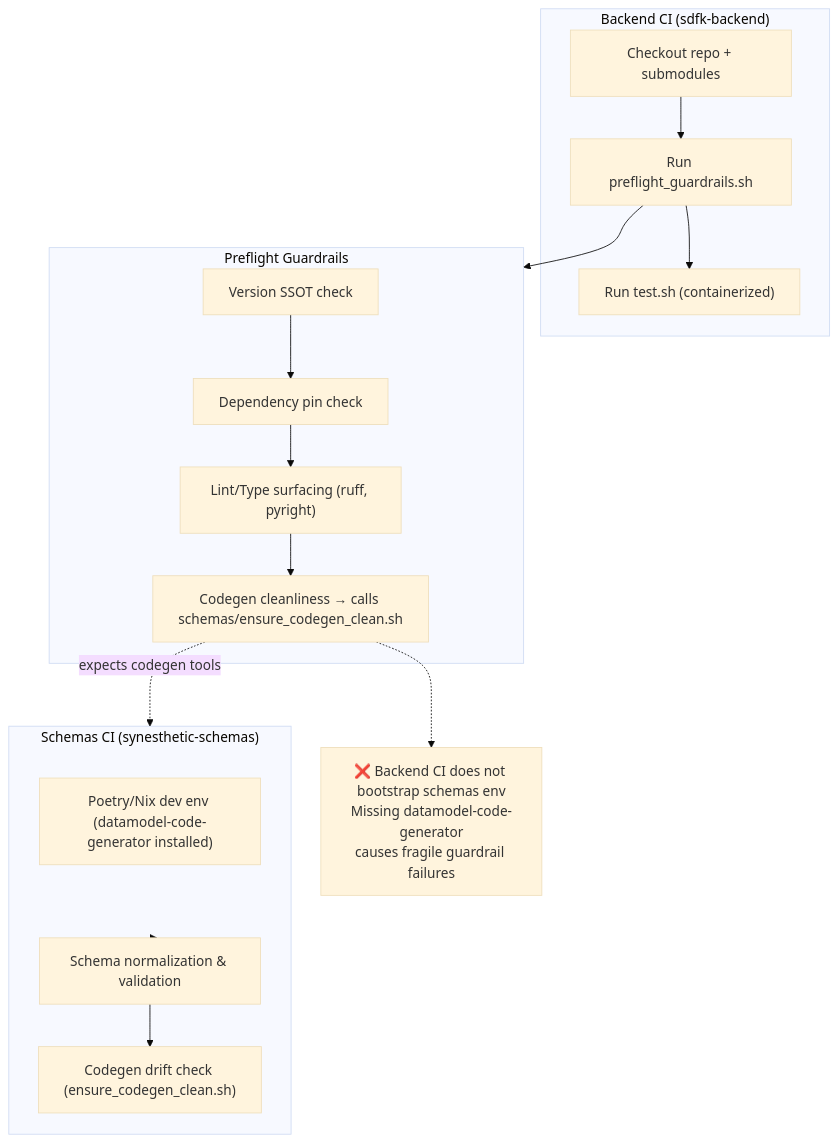
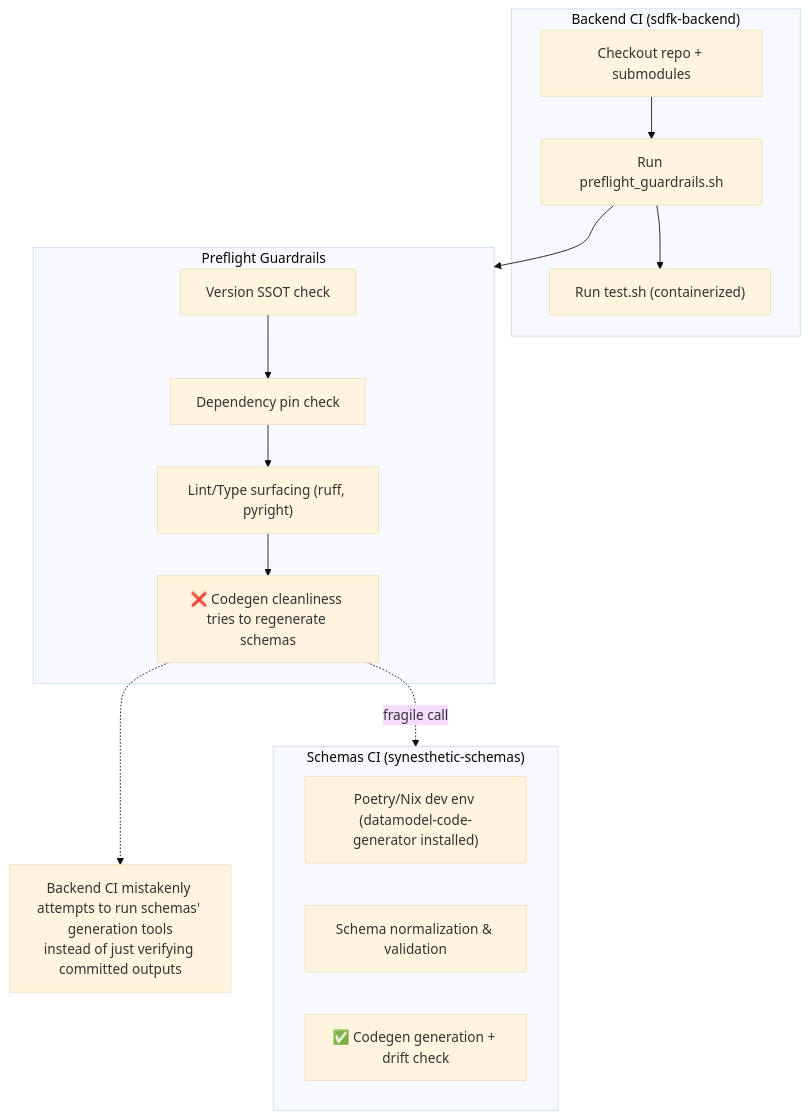
Before and after one commit to delk73/_today: the first of 2 diagrams in README.md, drawn with Mermaid (base theme). The commit also changed other lines of this file, not shown here.

Commit message:
updates ci cleanup for backend

````diff
--- a/README.md
+++ b/README.md
@@ -94,37 +93,34 @@
 ```mermaid
 flowchart TD
 
     subgraph Backend_CI["Backend CI (sdfk-backend)"]
         A1["Checkout repo + submodules"]
         A2["Run preflight_guardrails.sh"]
         A3["Run test.sh (containerized)"]
     end
 
     subgraph Guardrails["Preflight Guardrails"]
         G1["Version SSOT check"]
         G2["Dependency pin check"]
         G3["Lint/Type surfacing (ruff, pyright)"]
-        G4["Codegen cleanliness → calls schemas/ensure_codegen_clean.sh"]
+        G4["❌ Codegen cleanliness tries to regenerate schemas"]
     end
 
     subgraph Schemas_CI["Schemas CI (synesthetic-schemas)"]
         S1["Poetry/Nix dev env (datamodel-code-generator installed)"]
         S2["Schema normalization & validation"]
-        S3["Codegen drift check (ensure_codegen_clean.sh)"]
+        S3["✅ Codegen generation + drift check"]
     end
 
     %% Backend Flow
     A1 --> A2 --> Guardrails
     A2 --> A3
 
     %% Guardrails Flow
     G1 --> G2 --> G3 --> G4
-    G4 -.->|expects codegen tools| Schemas_CI
+    G4 -.->|fragile call| Schemas_CI
 
-    %% Schemas Flow
-    Schemas_CI --> S2 --> S3
-
-    %% Disconnect (as node)
-    N1["❌ Backend CI does not bootstrap schemas env\nMissing datamodel-code-generator\ncauses fragile guardrail failures"]
+    %% Disconnect
+    N1["Backend CI mistakenly attempts to run schemas' generation tools\ninstead of just verifying committed outputs"]
     G4 -.-> N1
 ```
````
